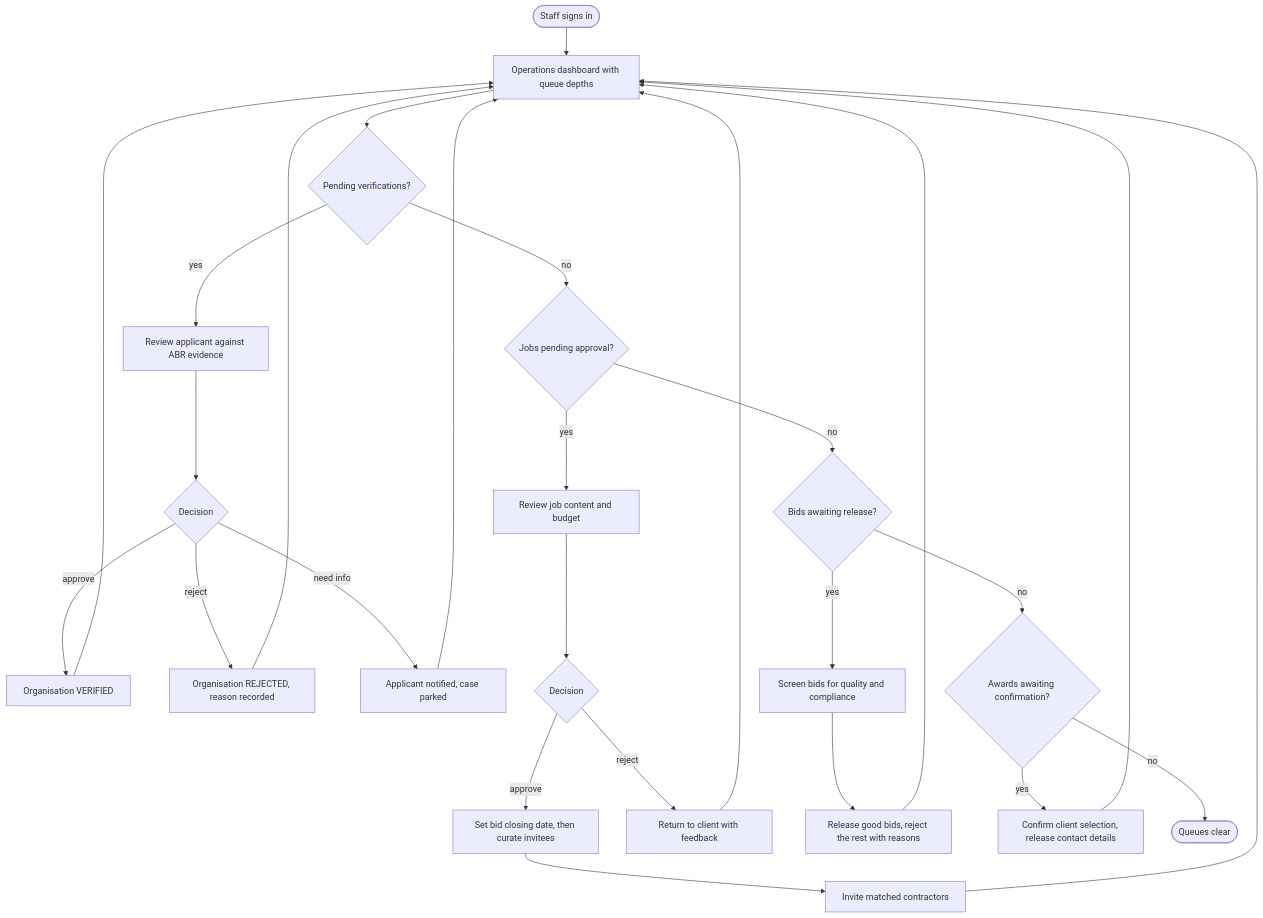
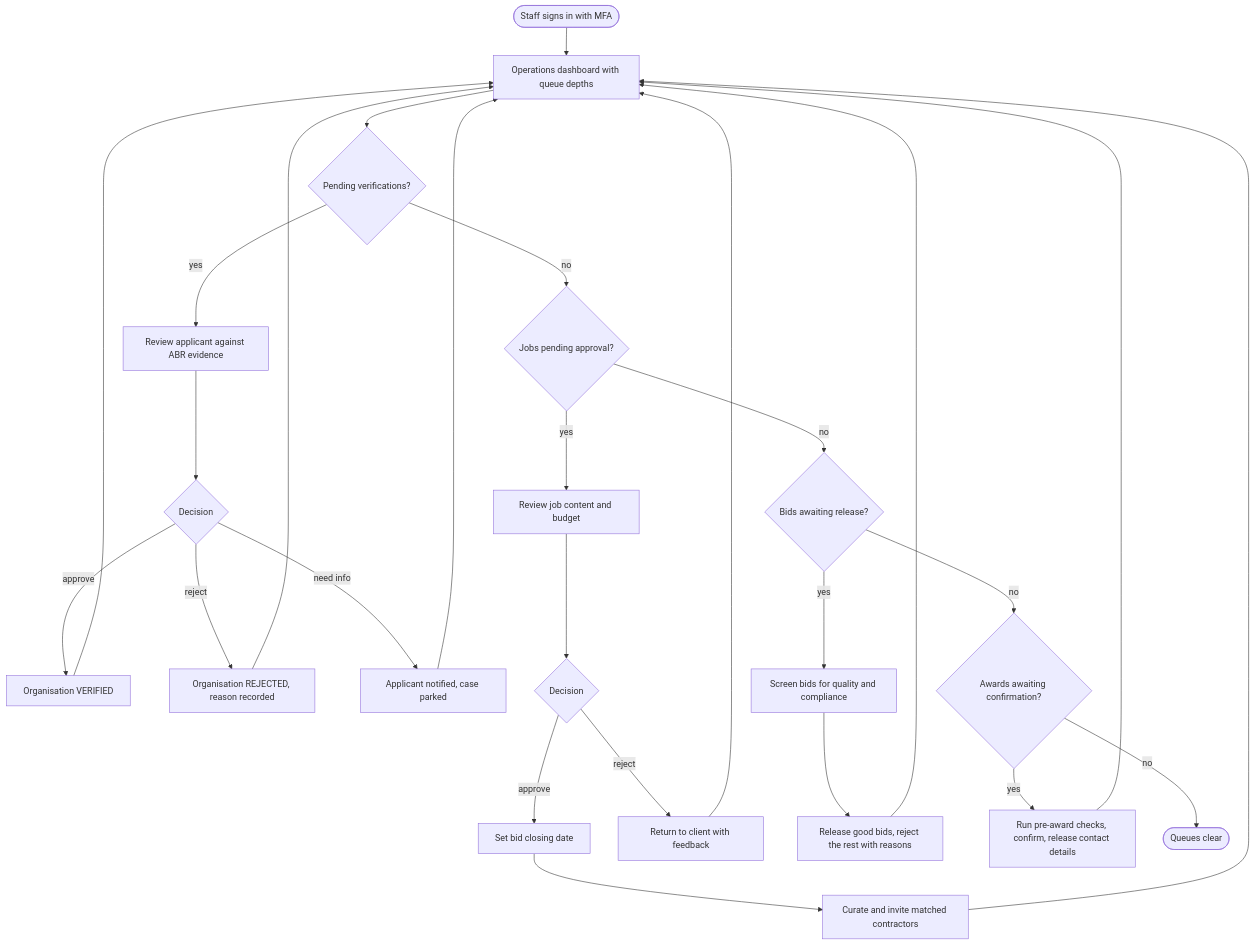
The seventh of 11 diagrams in docs/SPEC.md (andrewbruno/ab-verified), drawn with Mermaid before and after one commit. The commit also changed other lines of this file, not shown here.

````diff
--- a/docs/SPEC.md
+++ b/docs/SPEC.md
@@ -498,29 +533,29 @@
 ```mermaid
 flowchart TD
-    Start([Staff signs in]) --> Dash[Operations dashboard with queue depths]
+    Start([Staff signs in with MFA]) --> Dash[Operations dashboard with queue depths]
     Dash --> Q1{Pending verifications?}
     Q1 -->|yes| V[Review applicant against ABR evidence]
     V --> VD{Decision}
     VD -->|approve| VA[Organisation VERIFIED]
     VD -->|reject| VR[Organisation REJECTED, reason recorded]
     VD -->|need info| VI[Applicant notified, case parked]
     VA --> Dash
     VR --> Dash
     VI --> Dash
     Q1 -->|no| Q2{Jobs pending approval?}
     Q2 -->|yes| J[Review job content and budget]
     J --> JD{Decision}
-    JD -->|approve| JA[Set bid closing date, then curate invitees]
+    JD -->|approve| JA[Set bid closing date]
     JD -->|reject| JR[Return to client with feedback]
-    JA --> INV[Invite matched contractors]
+    JA --> INV[Curate and invite matched contractors]
     INV --> Dash
     JR --> Dash
     Q2 -->|no| Q3{Bids awaiting release?}
     Q3 -->|yes| B[Screen bids for quality and compliance]
     B --> BR[Release good bids, reject the rest with reasons]
     BR --> Dash
     Q3 -->|no| Q4{Awards awaiting confirmation?}
-    Q4 -->|yes| AW[Confirm client selection, release contact details]
+    Q4 -->|yes| AW[Run pre-award checks, confirm, release contact details]
     AW --> Dash
     Q4 -->|no| Done([Queues clear])
 ```
````
